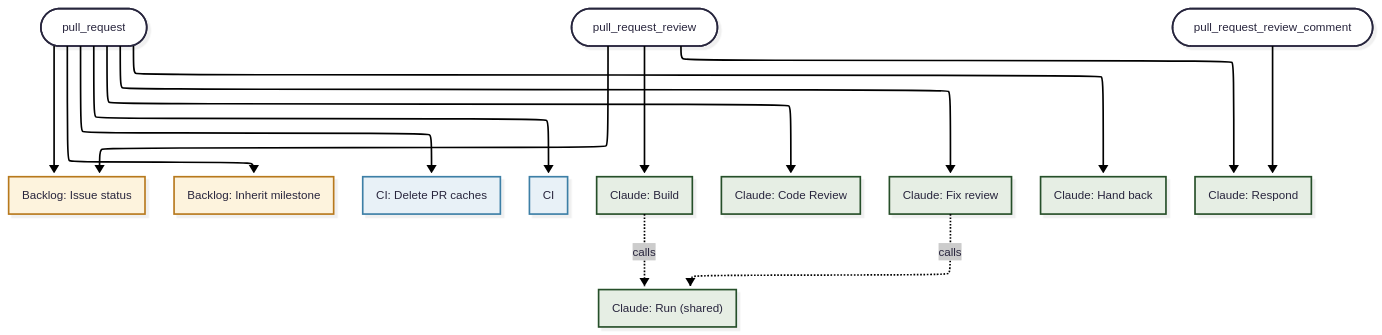
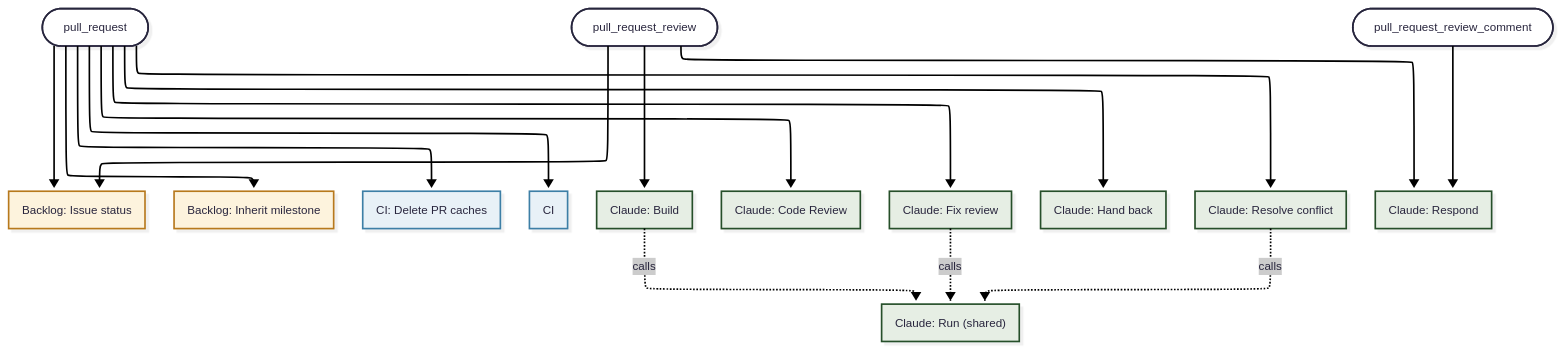
One commit to henetiriki/kinscape changed the first of 3 diagrams in .github/workflows/README.md. Above: the diagram before and after it, drawn with Mermaid. The commit also changed other lines of this file and 6 other files, not shown here.

First line of the commit message:
C641: Add the resolve-conflict label, its docs and its audit entry

````diff
--- a/.github/workflows/README.md
+++ b/.github/workflows/README.md
@@ -45,41 +46,44 @@
 ```mermaid
 ---
 config:
   theme: redux-color
   look: neo
   layout: elk
 ---
 flowchart TB
   on_pull_request([pull_request])
   on_pull_request_review([pull_request_review])
   on_pull_request_review_comment([pull_request_review_comment])
   backlog_issue_status["Backlog: Issue status"]
   backlog_milestone["Backlog: Inherit milestone"]
   ci_cache_cleanup["CI: Delete PR caches"]
   ci["CI"]
   claude_build["Claude: Build"]
   claude_code_review["Claude: Code Review"]
   claude_fix_review["Claude: Fix review"]
   claude_hand_back["Claude: Hand back"]
+  claude_resolve_conflict["Claude: Resolve conflict"]
   claude_respond["Claude: Respond"]
   claude_run["Claude: Run (shared)"]
   on_pull_request --> backlog_issue_status
   on_pull_request --> backlog_milestone
   on_pull_request --> ci_cache_cleanup
   on_pull_request --> ci
   on_pull_request --> claude_code_review
   on_pull_request --> claude_fix_review
   on_pull_request --> claude_hand_back
+  on_pull_request --> claude_resolve_conflict
   on_pull_request_review --> backlog_issue_status
   on_pull_request_review --> claude_build
   on_pull_request_review --> claude_respond
   on_pull_request_review_comment --> claude_respond
   claude_build -.->|calls| claude_run
   claude_fix_review -.->|calls| claude_run
+  claude_resolve_conflict -.->|calls| claude_run
   classDef backlog fill:#fdf3dd,stroke:#b7791f
   classDef ci fill:#e8f1f7,stroke:#3e7fa6
   classDef claude fill:#e6eee4,stroke:#264f29
   class backlog_issue_status,backlog_milestone backlog
   class ci_cache_cleanup,ci ci
-  class claude_build,claude_code_review,claude_fix_review,claude_hand_back,claude_respond,claude_run claude
+  class claude_build,claude_code_review,claude_fix_review,claude_hand_back,claude_resolve_conflict,claude_respond,claude_run claude
 ```
````
